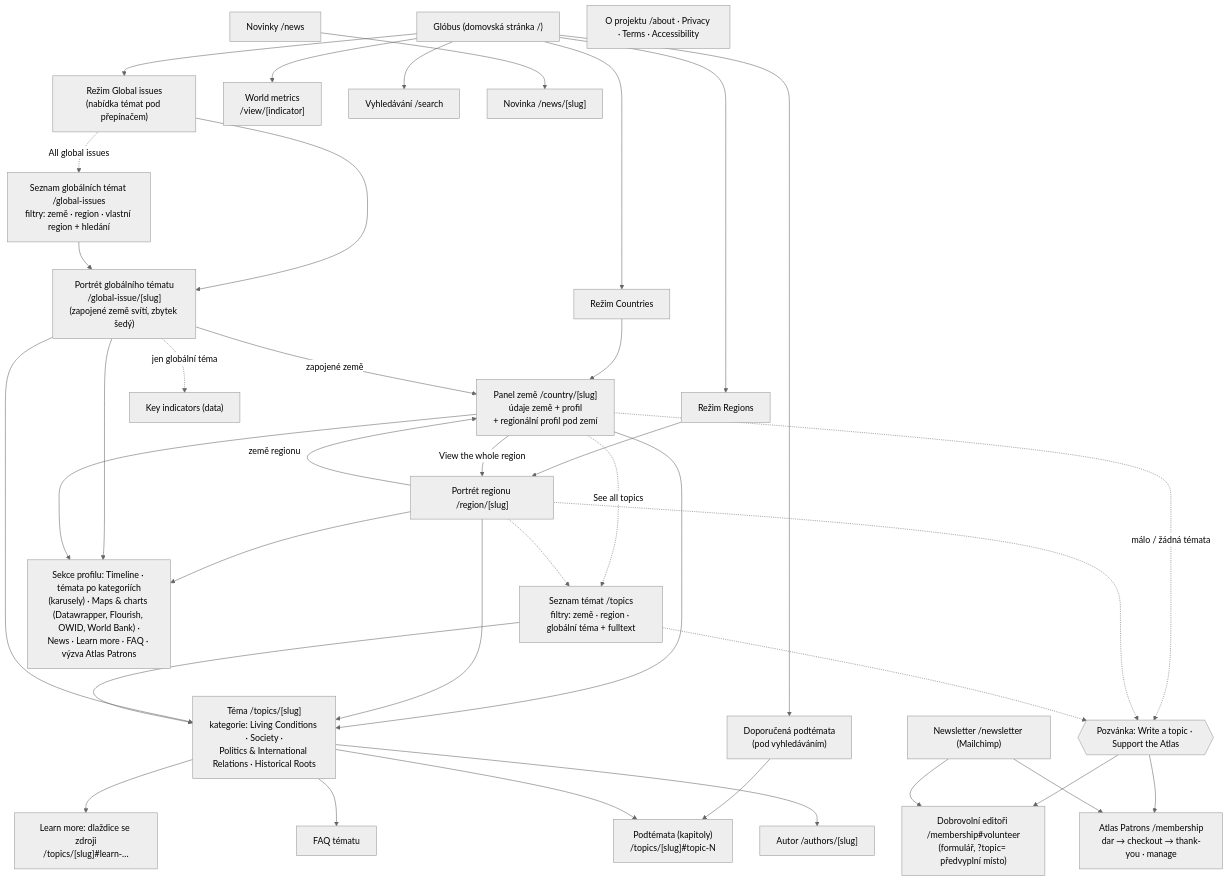
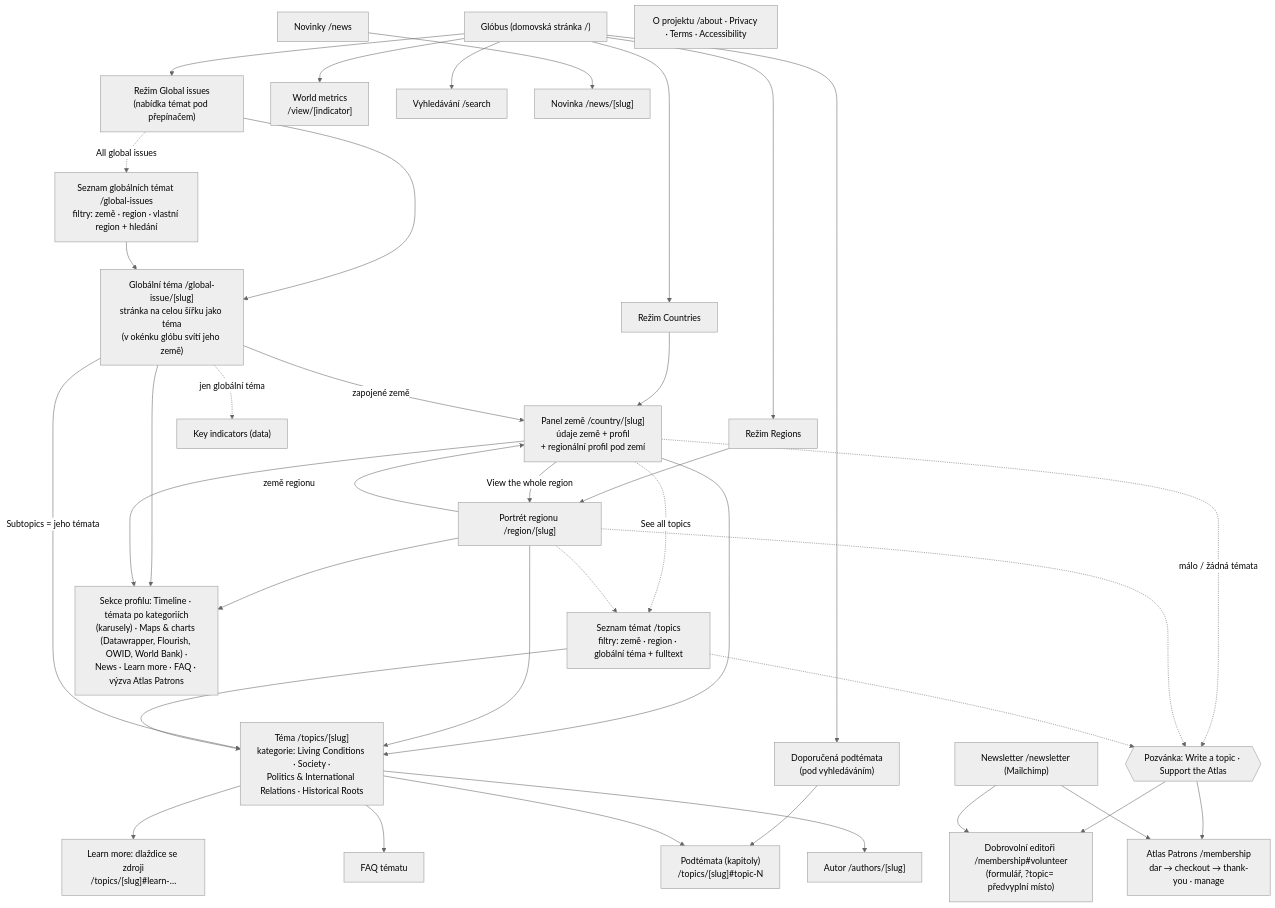
The first of 2 diagrams in docs/architecture/mapa-webu.md (Atlas-of-Today-s-World/atlas-of-todays-world), drawn with Mermaid (neutral theme) before and after one commit. The commit also changed other lines of this file and 26 other files, not shown here.

First line of the commit message:
feat(global-issue): full-width page like a topic, with subtopics and the mini globe

````diff
--- a/docs/architecture/mapa-webu.md
+++ b/docs/architecture/mapa-webu.md
@@ -15,54 +16,54 @@
 ```mermaid
 flowchart TD
   Home["Glóbus (domovská stránka /)"]
   Home --> M1["Režim Countries"]
   Home --> M2["Režim Regions"]
   Home --> M3["Režim Global issues<br/>(nabídka témat pod přepínačem)"]
   Home --> Metrics["World metrics<br/>/view/[indicator]"]
   Home --> Featured["Doporučená podtémata<br/>(pod vyhledáváním)"]
   Home --> Search["Vyhledávání /search"]
 
   M1 --> Country["Panel země /country/[slug]<br/>údaje země + profil<br/>+ regionální profil pod zemí"]
   M2 --> Region["Portrét regionu /region/[slug]"]
-  M3 --> Issue["Portrét globálního tématu<br/>/global-issue/[slug]<br/>(zapojené země svítí, zbytek šedý)"]
+  M3 --> Issue["Globální téma /global-issue/[slug]<br/>stránka na celou šířku jako téma<br/>(v okénku glóbu svítí jeho země)"]
   Country -->|"View the whole region"| Region
   Region -->|"země regionu"| Country
   Issue -->|"zapojené země"| Country
 
   Country --> Topic
   Region --> Topic
-  Issue --> Topic
+  Issue -->|"Subtopics = jeho témata"| Topic
   Featured --> Subtopic
 
   Topics["Seznam témat /topics<br/>filtry: země · region · globální téma + fulltext"] --> Topic
   Issues["Seznam globálních témat /global-issues<br/>filtry: země · region · vlastní region + hledání"] --> Issue
   M3 -.->|"All global issues"| Issues
   Country -.->|"See all topics"| Topics
   Region -.-> Topics
 
   Topic["Téma /topics/[slug]<br/>kategorie: Living Conditions · Society ·<br/>Politics & International Relations · Historical Roots"]
   Topic --> Subtopic["Podtémata (kapitoly)<br/>/topics/[slug]#topic-N"]
   Topic --> LearnMore["Learn more: dlaždice se zdroji<br/>/topics/[slug]#learn-…"]
   Topic --> TopicFaq["FAQ tématu"]
   Topic --> Author["Autor /authors/[slug]"]
 
   Region --> Portrait["Sekce profilu: Timeline · témata po kategoriích<br/>(karusely) · Maps & charts (Datawrapper, Flourish, OWID, World Bank) ·<br/>News · Learn more · FAQ · výzva Atlas Patrons"]
   Issue --> Portrait
   Country --> Portrait
   Issue -.->|"jen globální téma"| KeyInd["Key indicators (data)"]
 
   News["Novinky /news"] --> NewsItem["Novinka /news/[slug]"]
 
   Country -.->|"málo / žádná témata"| Invite{{"Pozvánka: Write a topic · Support the Atlas"}}
   Region -.-> Invite
   Topics -.-> Invite
   Invite --> Volunteer
   Invite --> Patrons
 
   Patrons["Atlas Patrons /membership<br/>dar → checkout → thank-you · manage"]
   Volunteer["Dobrovolní editoři /membership#volunteer<br/>(formulář, ?topic= předvyplní místo)"]
   Newsletter["Newsletter /newsletter (Mailchimp)"]
   Newsletter --> Patrons
   Newsletter --> Volunteer
   About["O projektu /about · Privacy · Terms · Accessibility"]
 ```
````
